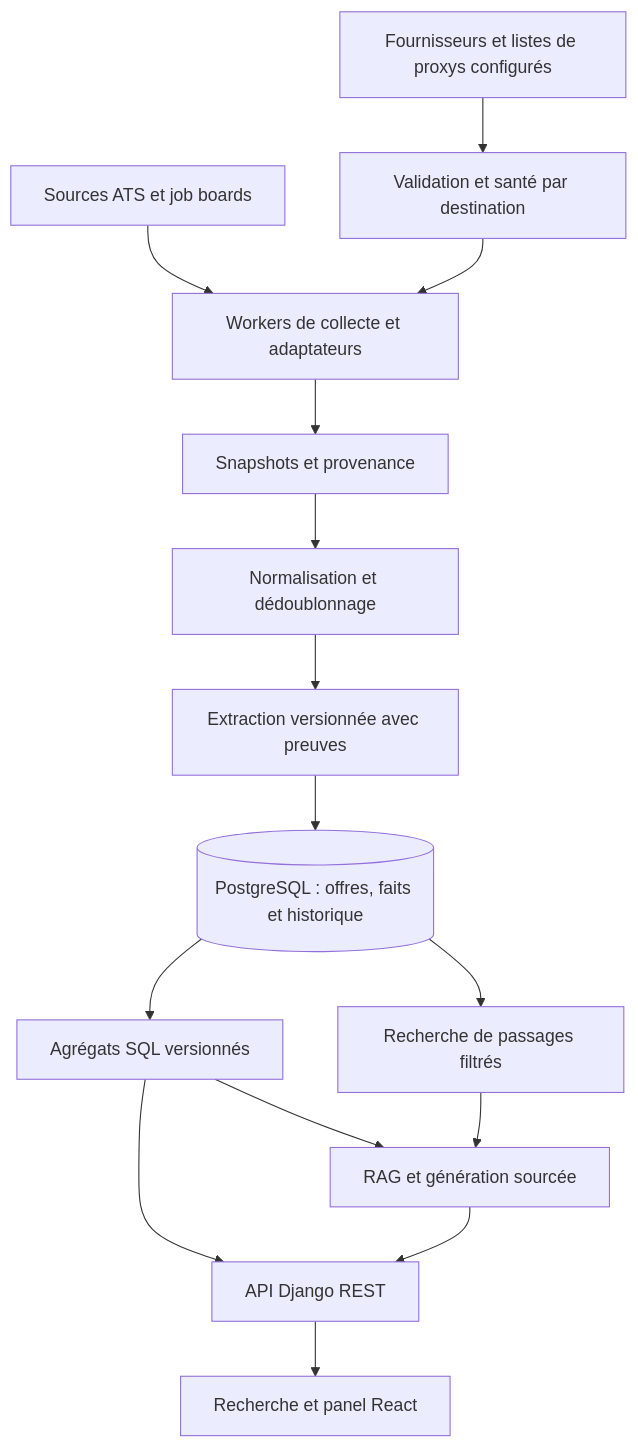
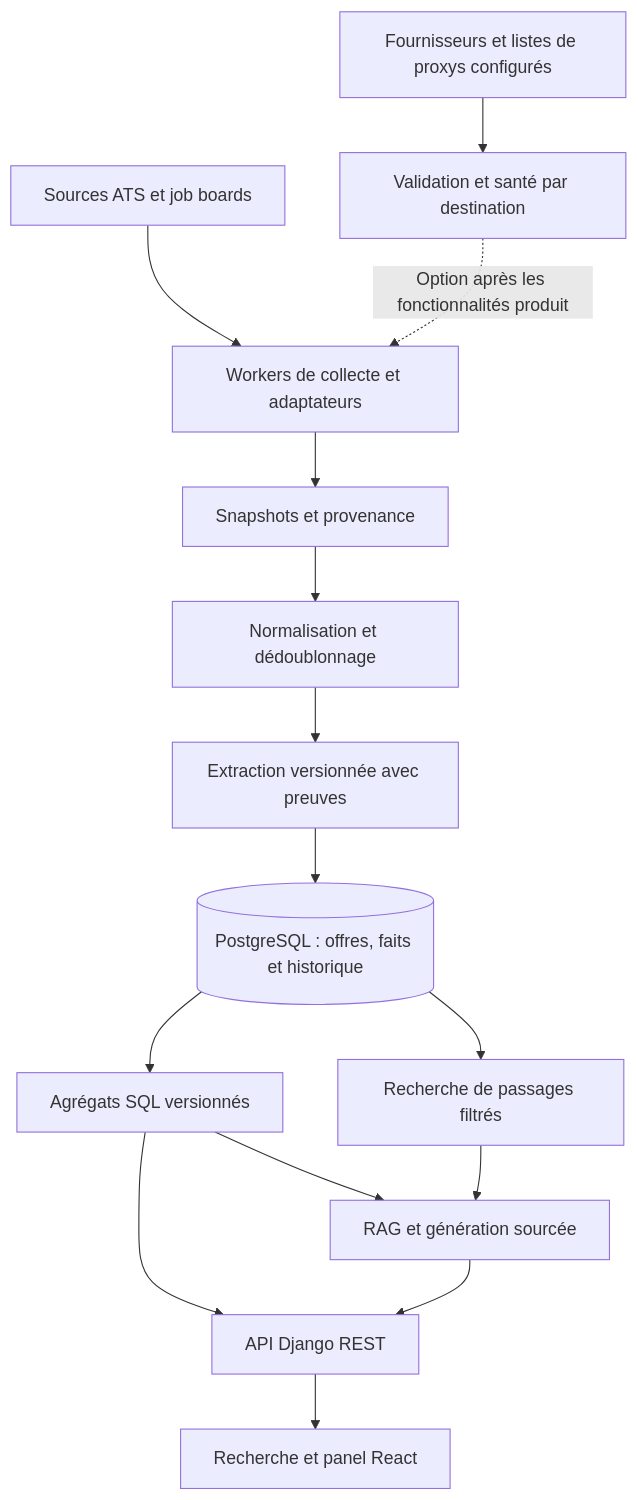
Before and after one commit to Hicha-m/Intern: the diagram in ARCHITECTURE.md, drawn with Mermaid. The commit also changed other lines of this file and 2 other files, not shown here.

````diff
--- a/ARCHITECTURE.md
+++ b/ARCHITECTURE.md
@@ -47,17 +47,17 @@
 ```mermaid
 flowchart TD
     S[Sources ATS et job boards] --> C[Workers de collecte et adaptateurs]
     P[Fournisseurs et listes de proxys configurés] --> H[Validation et santé par destination]
-    H --> C
+    H -. Option après les fonctionnalités produit .-> C
     C --> R[Snapshots et provenance]
     R --> N[Normalisation et dédoublonnage]
     N --> X[Extraction versionnée avec preuves]
     X --> DB[(PostgreSQL : offres, faits et historique)]
     DB --> A[Agrégats SQL versionnés]
     DB --> T[Recherche de passages filtrés]
     A --> API[API Django REST]
     T --> G[RAG et génération sourcée]
     A --> G
     G --> API
     API --> UI[Recherche et panel React]
 ```
````
